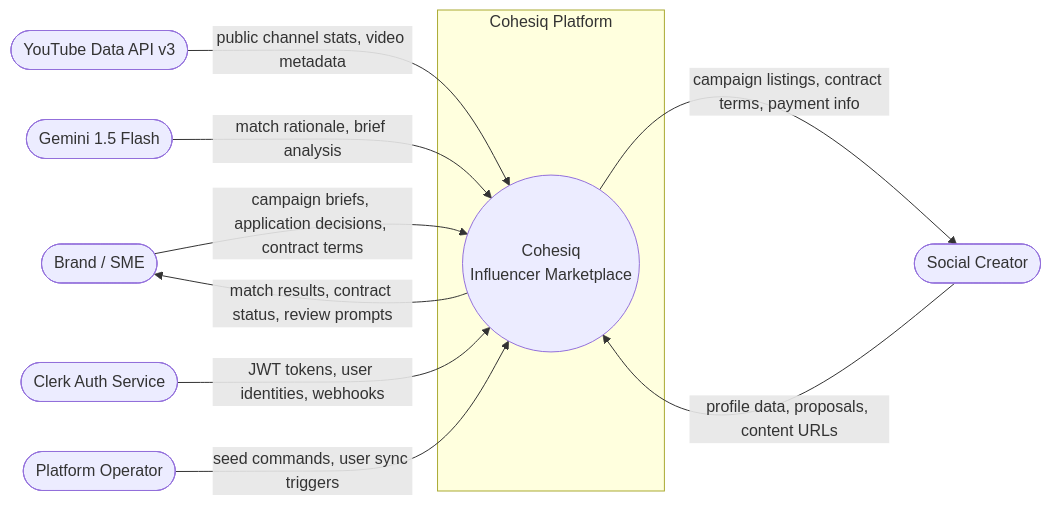
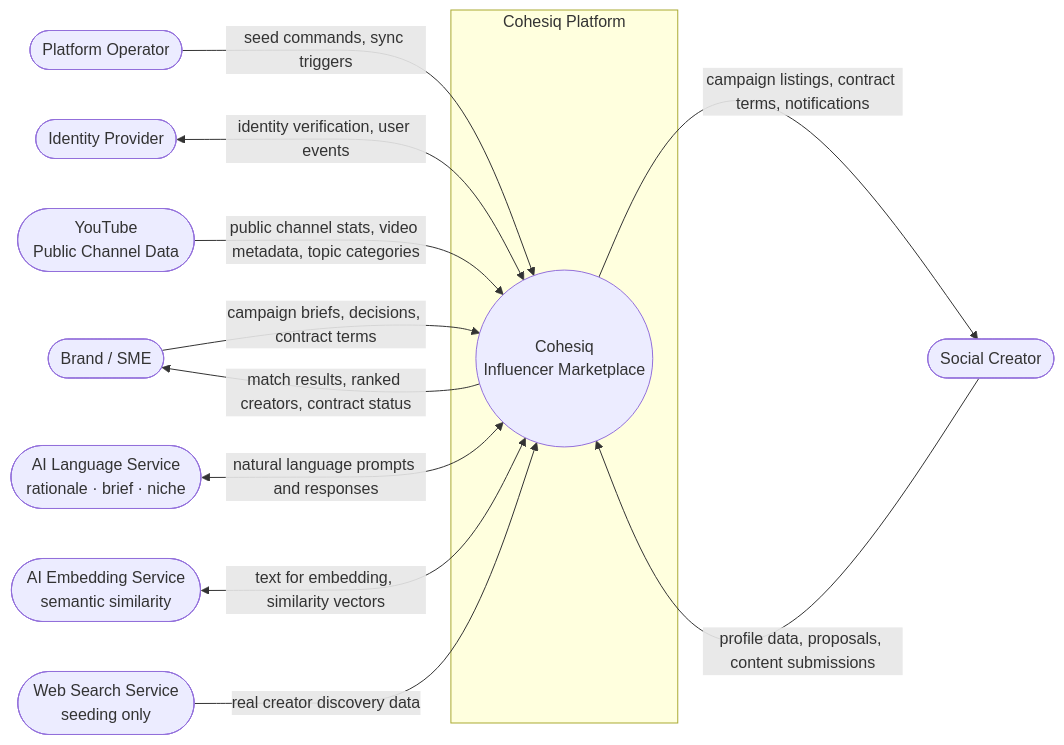
Before and after one commit to sakibhossain323/cohesiq: the first of 2 diagrams in docs/diagrams/dfd.md, drawn with Mermaid. The commit also changed other lines of this file and 27 other files, not shown here.

````diff
--- a/docs/diagrams/dfd.md
+++ b/docs/diagrams/dfd.md
@@ -15,23 +19,28 @@
 ```mermaid
 flowchart LR
     Brand([Brand / SME])
     Creator([Social Creator])
     Operator([Platform Operator])
-    YT([YouTube Data API v3])
-    GEM([Gemini 1.5 Flash])
-    Clerk([Clerk Auth Service])
+    YouTube([YouTube\nPublic Channel Data])
+    LLM([AI Language Service\nrationale · brief · niche])
+    Embed([AI Embedding Service\nsemantic similarity])
+    Auth([Identity Provider])
+    Search([Web Search Service\nseeding only])
 
     subgraph COHESIQ[Cohesiq Platform]
         SYS((Cohesiq\nInfluencer Marketplace))
     end
 
-    Brand   -->|campaign briefs, application decisions, contract terms| SYS
-    Creator -->|profile data, proposals, content URLs| SYS
-    YT      -->|public channel stats, video metadata| SYS
-    GEM     -->|match rationale, brief analysis| SYS
-    Clerk   -->|JWT tokens, user identities, webhooks| SYS
+    Brand    -->|campaign briefs, decisions, contract terms| SYS
+    Creator  -->|profile data, proposals, content submissions| SYS
+    Operator -->|seed commands, sync triggers| SYS
 
-    SYS -->|match results, contract status, review prompts| Brand
-    SYS -->|campaign listings, contract terms, payment info| Creator
-    Operator -->|seed commands, user sync triggers| SYS
+    SYS -->|match results, ranked creators, contract status| Brand
+    SYS -->|campaign listings, contract terms, notifications| Creator
+
+    Auth  <-->|identity verification, user events| SYS
+    YouTube -->|public channel stats, video metadata, topic categories| SYS
+    LLM   <-->|natural language prompts and responses| SYS
+    Embed <-->|text for embedding, similarity vectors| SYS
+    Search -->|real creator discovery data| SYS
 ```
````
